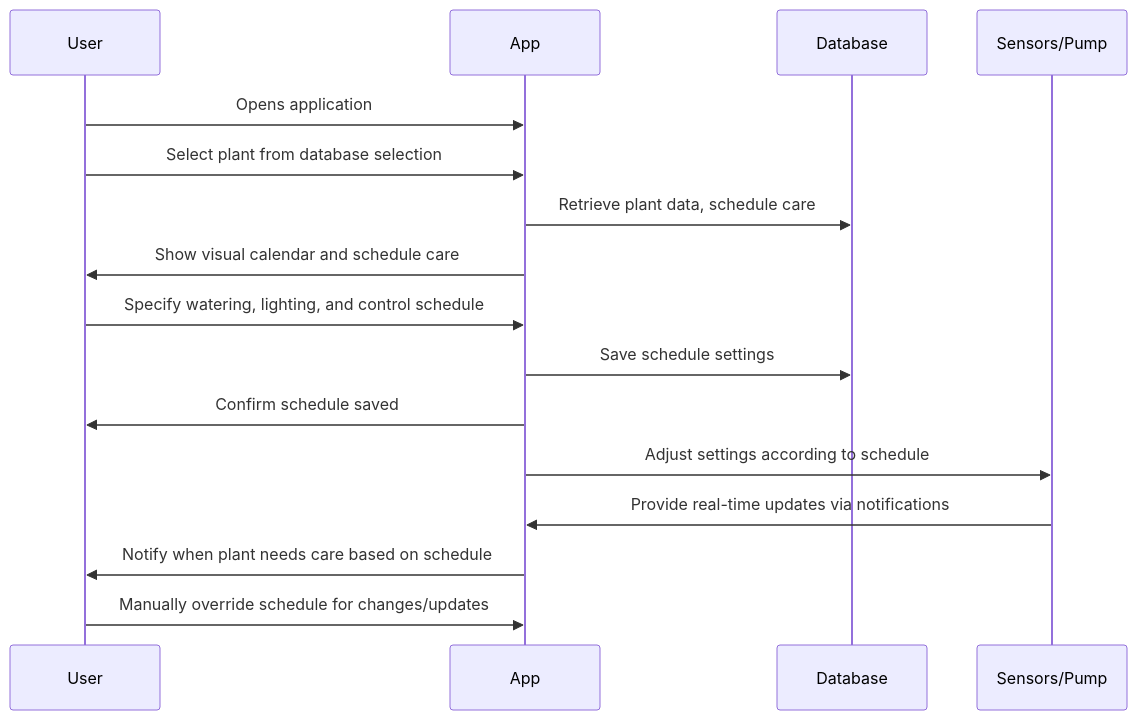
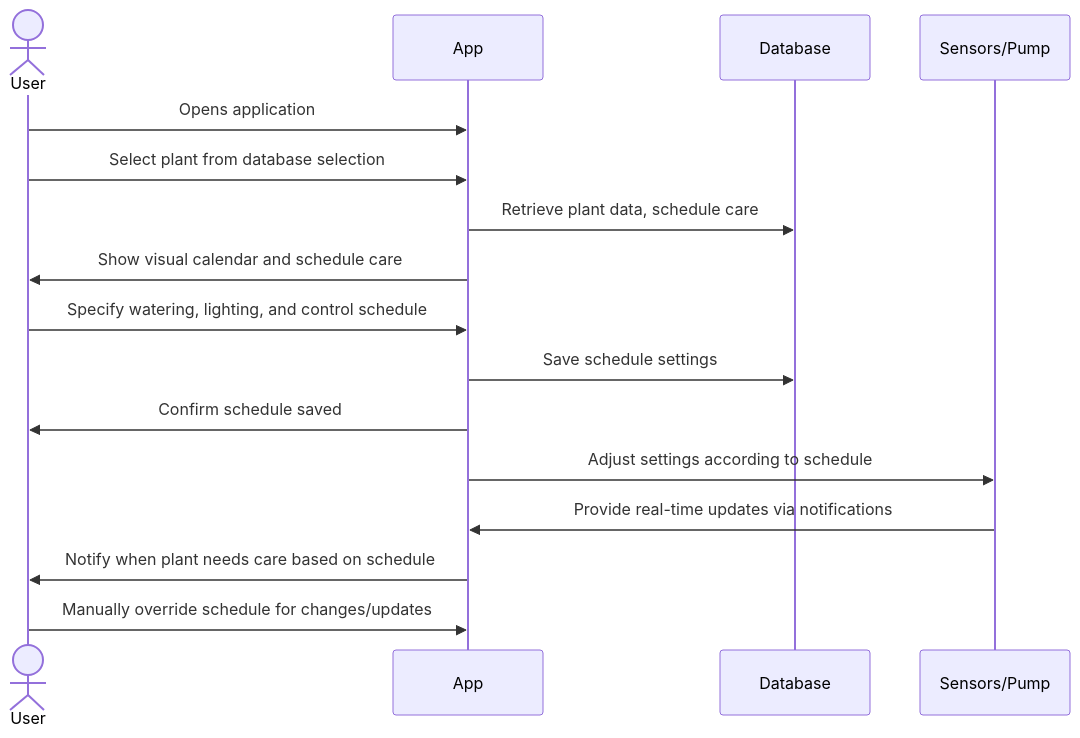
Before and after one commit to capstone-projects-2024-fall/project-automated-plant-caregiver: the fifth of 7 diagrams in documentation/docs/system-architecture/sequenceDiagram.md, drawn with Mermaid. The commit also changed other lines of this file, not shown here.

````diff
--- a/documentation/docs/system-architecture/sequenceDiagram.md
+++ b/documentation/docs/system-architecture/sequenceDiagram.md
@@ -164,14 +164,15 @@
 ```mermaid
 sequenceDiagram
+    actor User
     User ->> App: Opens application
     User ->> App: Select plant from database selection
     App ->> Database: Retrieve plant data, schedule care
     App ->> User: Show visual calendar and schedule care
     User ->> App: Specify watering, lighting, and control schedule
     App ->> Database: Save schedule settings
     App ->> User: Confirm schedule saved
     App ->> Sensors/Pump: Adjust settings according to schedule
     Sensors/Pump ->> App: Provide real-time updates via notifications
     App ->> User: Notify when plant needs care based on schedule
     User ->> App: Manually override schedule for changes/updates
 ```
````
